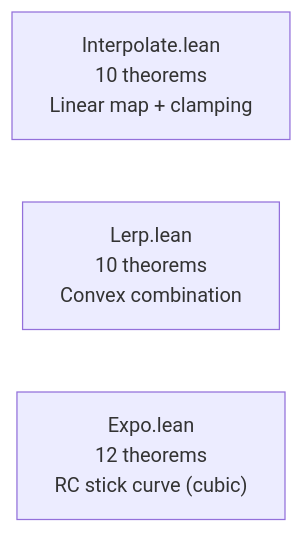
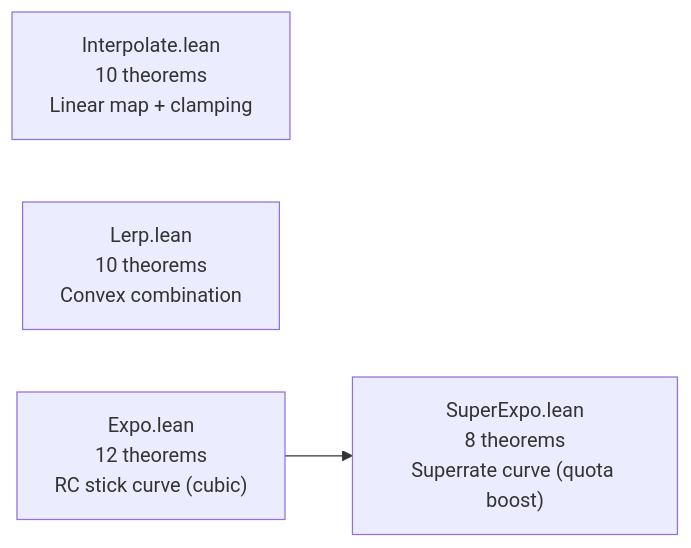
One commit to dsyme/PX4-Autopilot changed the fourth of 11 diagrams in formal-verification/REPORT.md. Above: the diagram before and after it, drawn with Mermaid. The commit also changed other lines of this file and 1 other file, not shown here.

First line of the commit message:
docs(fv): update REPORT.md + CORRESPONDENCE.md for MedianFilter and SuperExpo (run37)

````diff
--- a/formal-verification/REPORT.md
+++ b/formal-verification/REPORT.md
@@ -94,6 +101,8 @@
 ```mermaid
 graph LR
     IN["Interpolate.lean<br/>10 theorems<br/>Linear map + clamping"]
     LR["Lerp.lean<br/>10 theorems<br/>Convex combination"]
     EX["Expo.lean<br/>12 theorems<br/>RC stick curve (cubic)"]
+    SE["SuperExpo.lean<br/>8 theorems<br/>Superrate curve (quota boost)"]
+    EX --> SE
 ```
````
